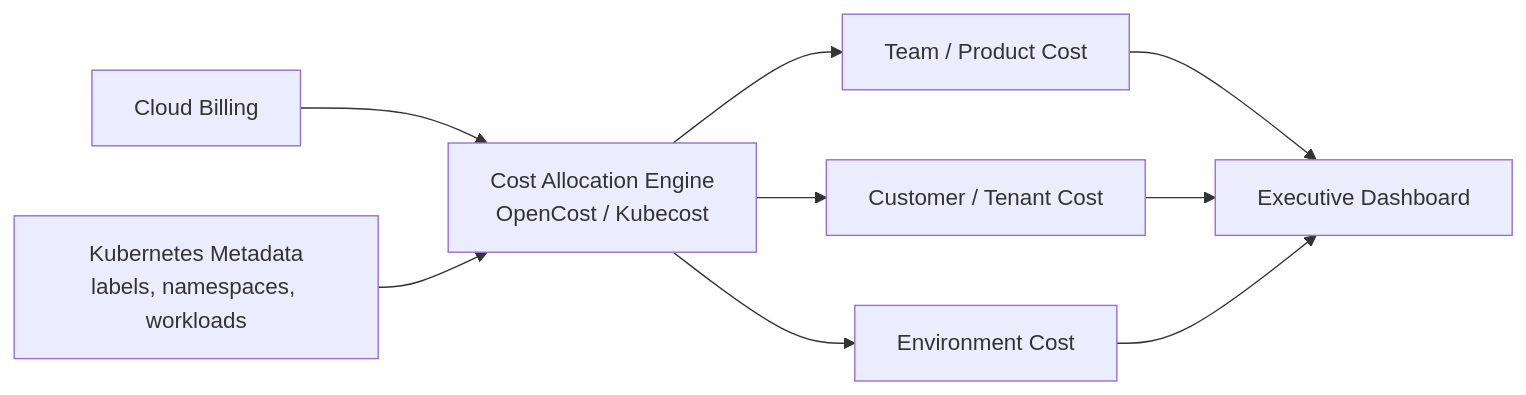
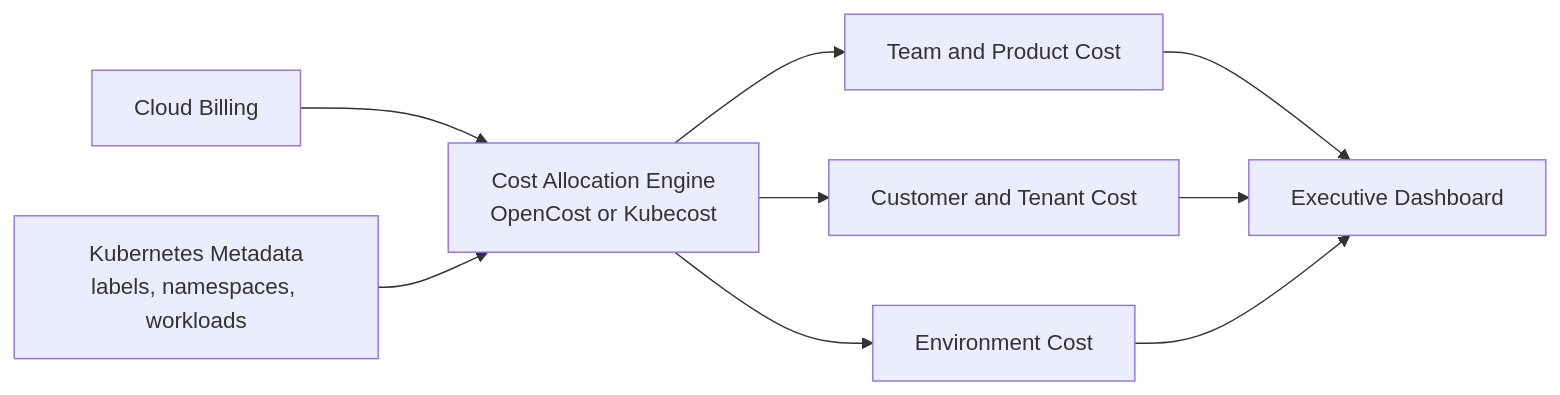
Before and after one commit to serewicz/k8s-platform-blueprint: the diagram in docs/finops-and-executive-dashboards.md, drawn with Mermaid. The commit also changed 6 other files, not shown here.

Commit message:
Fix Mermaid diagram rendering

````diff
--- a/docs/finops-and-executive-dashboards.md
+++ b/docs/finops-and-executive-dashboards.md
@@ -37,11 +37,11 @@
 ```mermaid
 flowchart LR
-    A["Cloud Billing"] --> C["Cost Allocation Engine<br/>OpenCost / Kubecost"]
+    A["Cloud Billing"] --> C["Cost Allocation Engine<br/>OpenCost or Kubecost"]
     B["Kubernetes Metadata<br/>labels, namespaces, workloads"] --> C
-    C --> D["Team / Product Cost"]
-    C --> E["Customer / Tenant Cost"]
+    C --> D["Team and Product Cost"]
+    C --> E["Customer and Tenant Cost"]
     C --> F["Environment Cost"]
     D --> G["Executive Dashboard"]
     E --> G
     F --> G
 ```
````
